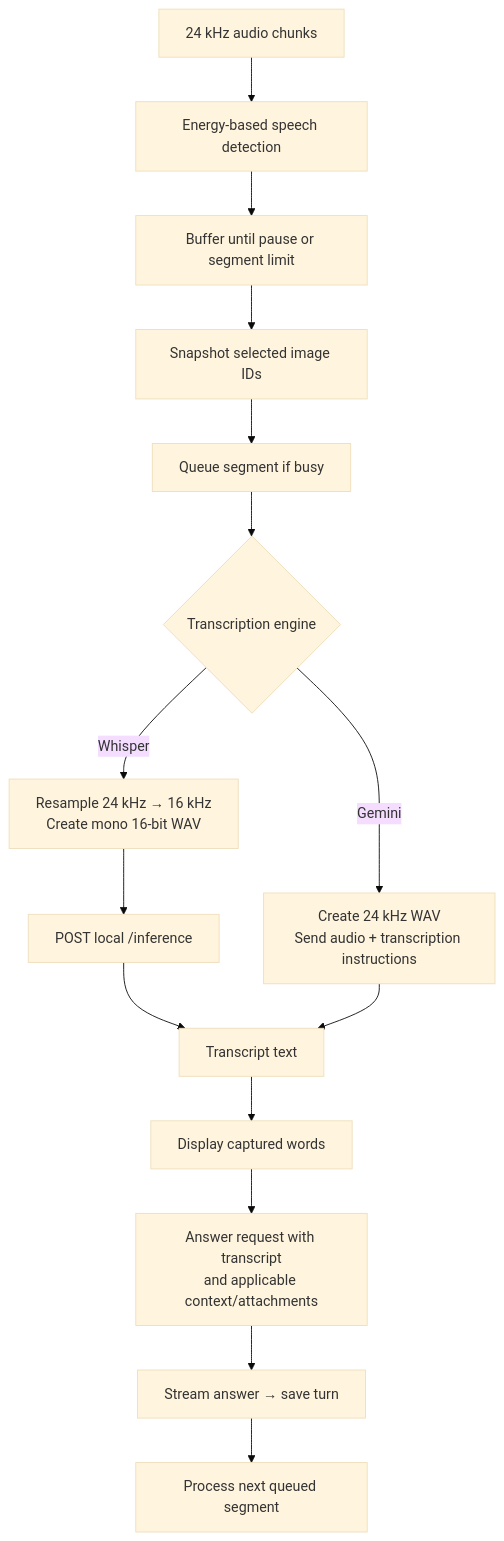
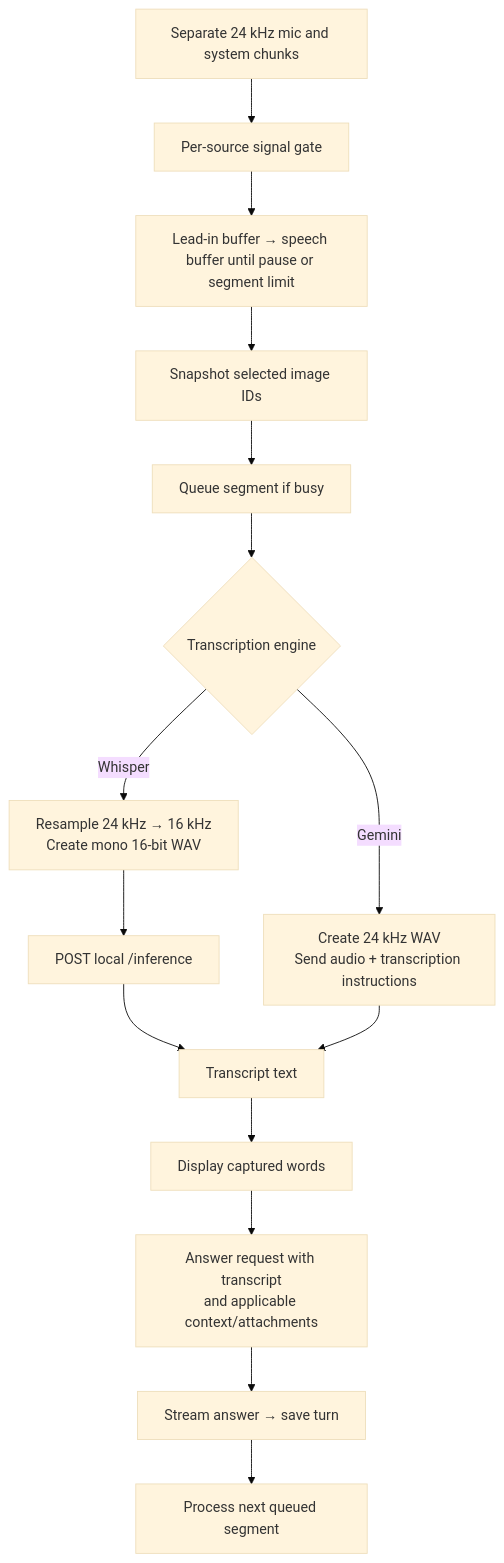
Before and after one commit to phillippree/preechak-ai: the second of 4 diagrams in documents/transcription.md, drawn with Mermaid (base theme). The commit also changed other lines of this file and 7 other files, not shown here.

First line of the commit message:
feat: add adaptive signal gate and lead-in buffering for audio segmentation

````diff
--- a/documents/transcription.md
+++ b/documents/transcription.md
@@ -60,17 +62,17 @@
 ```mermaid
 flowchart TD
-    A["24 kHz audio chunks"] --> B["Energy-based speech detection"]
-    B --> C["Buffer until pause or segment limit"]
+    A["Separate 24 kHz mic and system chunks"] --> B["Per-source signal gate"]
+    B --> C["Lead-in buffer → speech buffer until pause or segment limit"]
     C --> D["Snapshot selected image IDs"]
     D --> E["Queue segment if busy"]
     E --> F{"Transcription engine"}
     F -->|Whisper| G["Resample 24 kHz → 16 kHz<br/>Create mono 16-bit WAV"]
     G --> H["POST local /inference"]
     F -->|Gemini| I["Create 24 kHz WAV<br/>Send audio + transcription instructions"]
     H --> J["Transcript text"]
     I --> J
     J --> K["Display captured words"]
     K --> L["Answer request with transcript<br/>and applicable context/attachments"]
     L --> M["Stream answer → save turn"]
     M --> N["Process next queued segment"]
 ```
````
